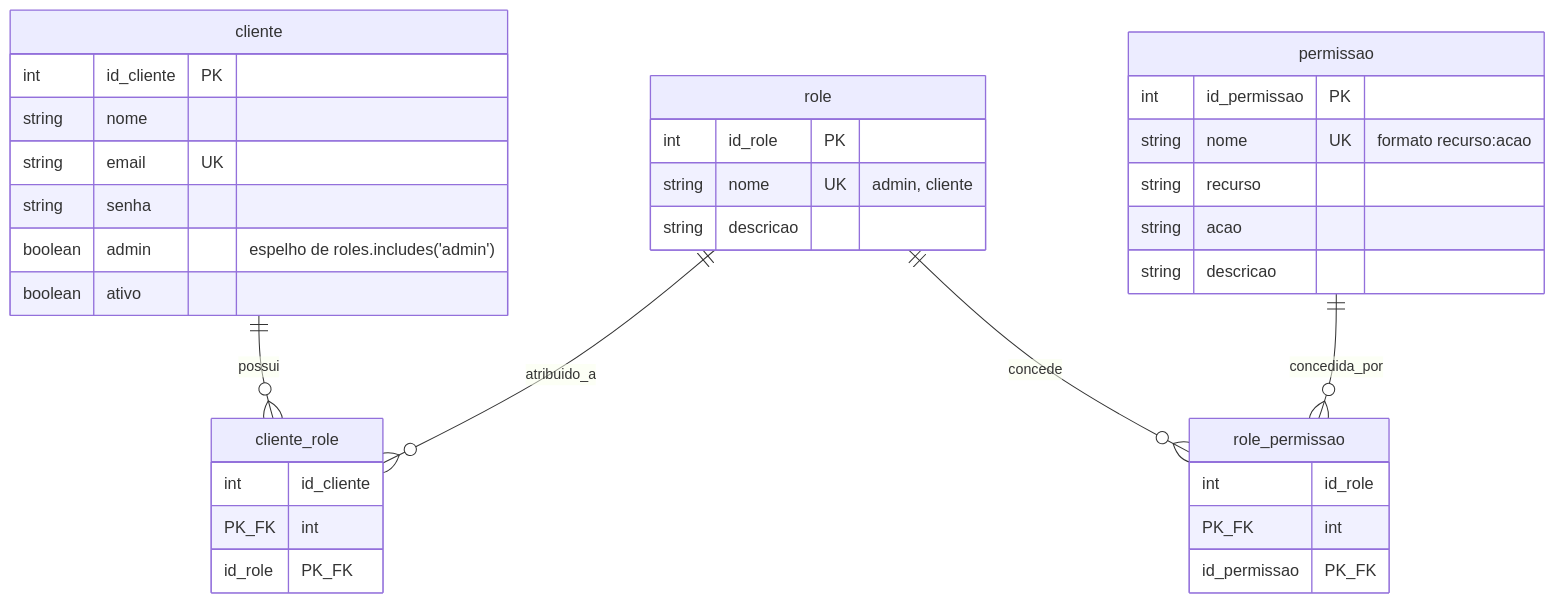
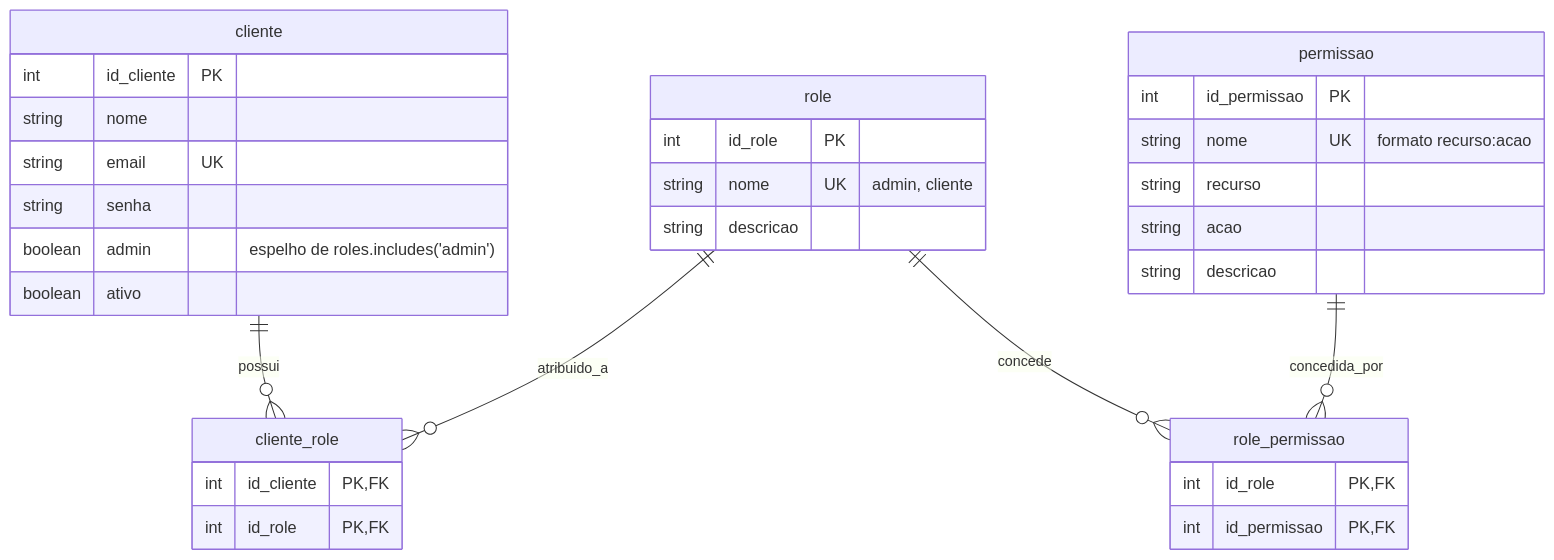
Before and after one commit to JoaoVitorMcz/pcforge-mobile: the first of 2 diagrams in docs/rbac.md, drawn with Mermaid. The commit also changed 7 other files, not shown here.

````diff
--- a/docs/rbac.md
+++ b/docs/rbac.md
@@ -24,36 +24,36 @@
 ```mermaid
 erDiagram
     cliente ||--o{ cliente_role : possui
     role ||--o{ cliente_role : atribuido_a
     role ||--o{ role_permissao : concede
     permissao ||--o{ role_permissao : concedida_por
 
     cliente {
         int id_cliente PK
         string nome
         string email UK
         string senha
         boolean admin "espelho de roles.includes('admin')"
         boolean ativo
     }
     role {
         int id_role PK
         string nome UK "admin, cliente"
         string descricao
     }
     permissao {
         int id_permissao PK
         string nome UK "formato recurso:acao"
         string recurso
         string acao
         string descricao
     }
     cliente_role {
-        int id_cliente PK_FK
-        int id_role PK_FK
+        int id_cliente PK,FK
+        int id_role PK,FK
     }
     role_permissao {
-        int id_role PK_FK
-        int id_permissao PK_FK
+        int id_role PK,FK
+        int id_permissao PK,FK
     }
 ```
````
